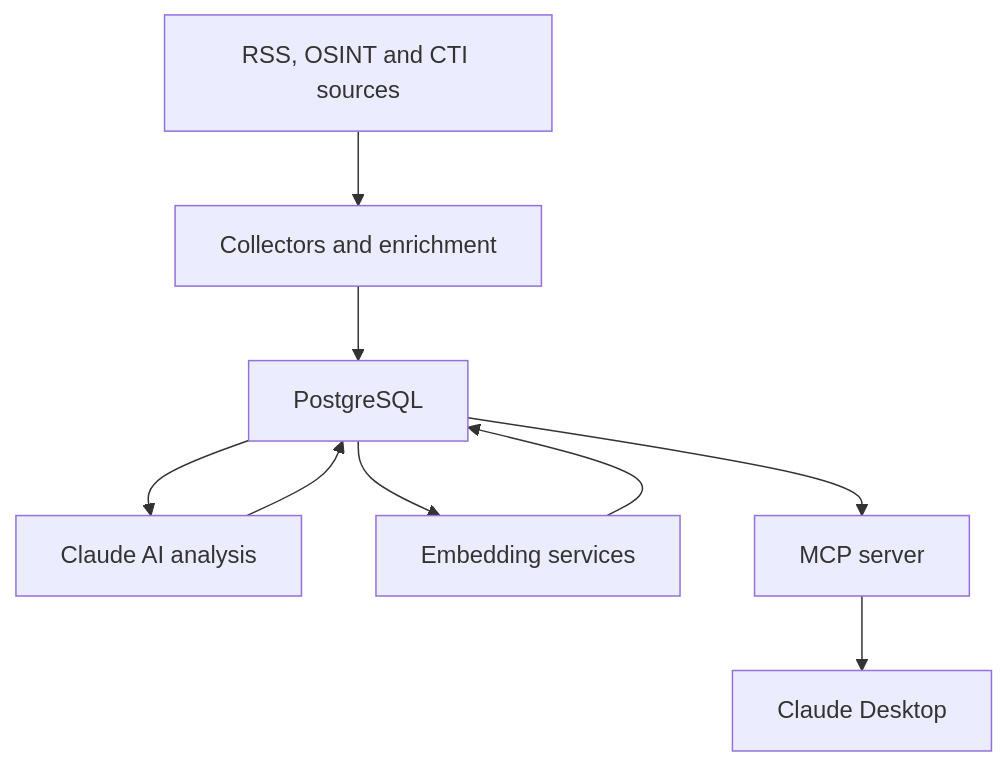
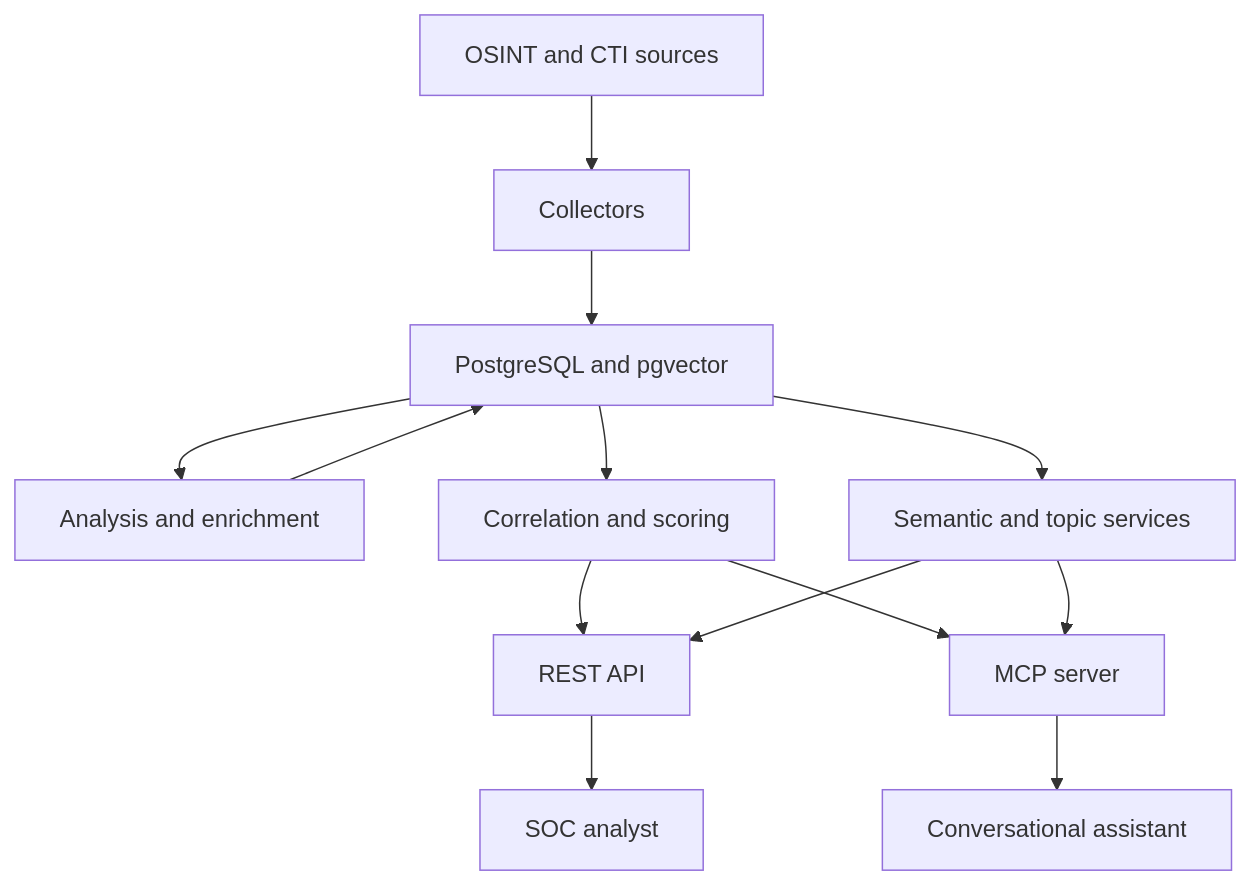
The diagram in README.md (feres2005/ThreatIntelMCP), drawn with Mermaid before and after one commit. The commit also changed other lines of this file and 13 other files, not shown here.

````diff
--- a/README.md
+++ b/README.md
@@ -153,14 +65,15 @@
 ```mermaid
 flowchart TD
-    A["RSS, OSINT and CTI sources"] --> B["Collectors and enrichment"]
-    B --> C["PostgreSQL"]
-
-    C --> D["Claude AI analysis"]
+    A["OSINT and CTI sources"] --> B["Collectors"]
+    B --> C["PostgreSQL and pgvector"]
+    C --> D["Analysis and enrichment"]
     D --> C
-
-    C --> E["Embedding services"]
-    E --> C
-
-    C --> F["MCP server"]
-    F --> G["Claude Desktop"]
+    C --> E["Correlation and scoring"]
+    E --> F["REST API"]
+    E --> G["MCP server"]
+    C --> H["Semantic and topic services"]
+    H --> F
+    H --> G
+    F --> I["SOC analyst"]
+    G --> J["Conversational assistant"]
 ```
````
